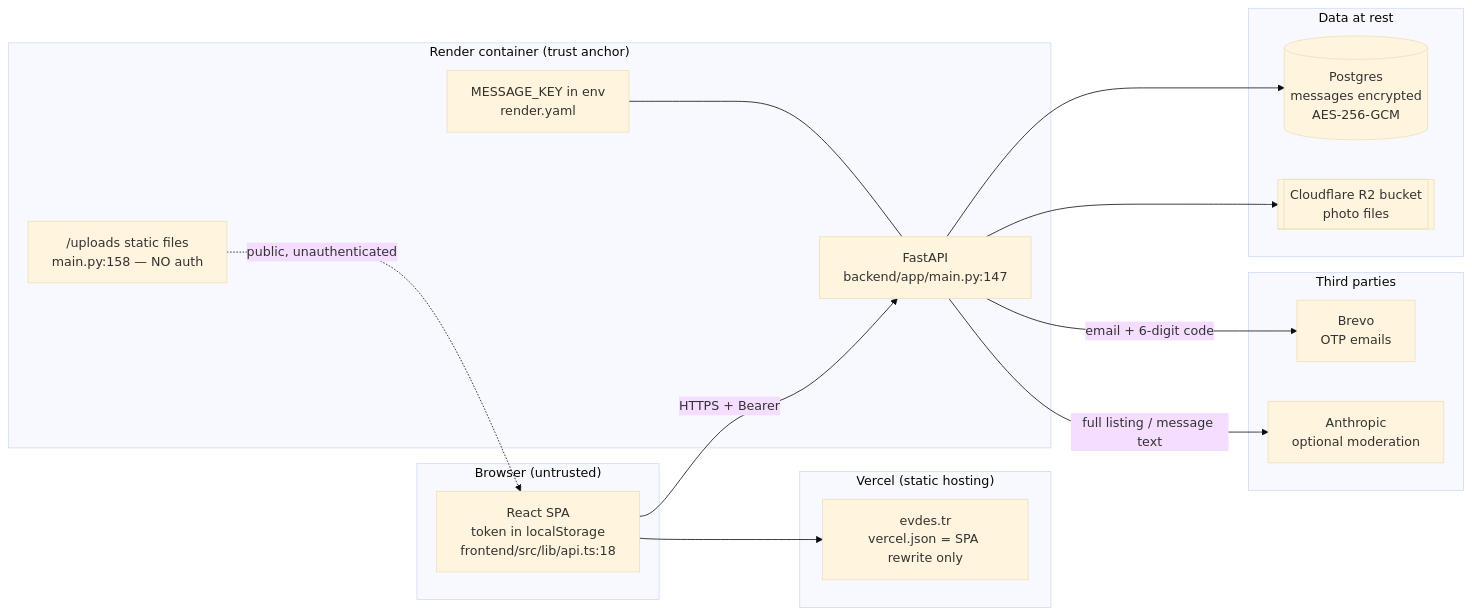
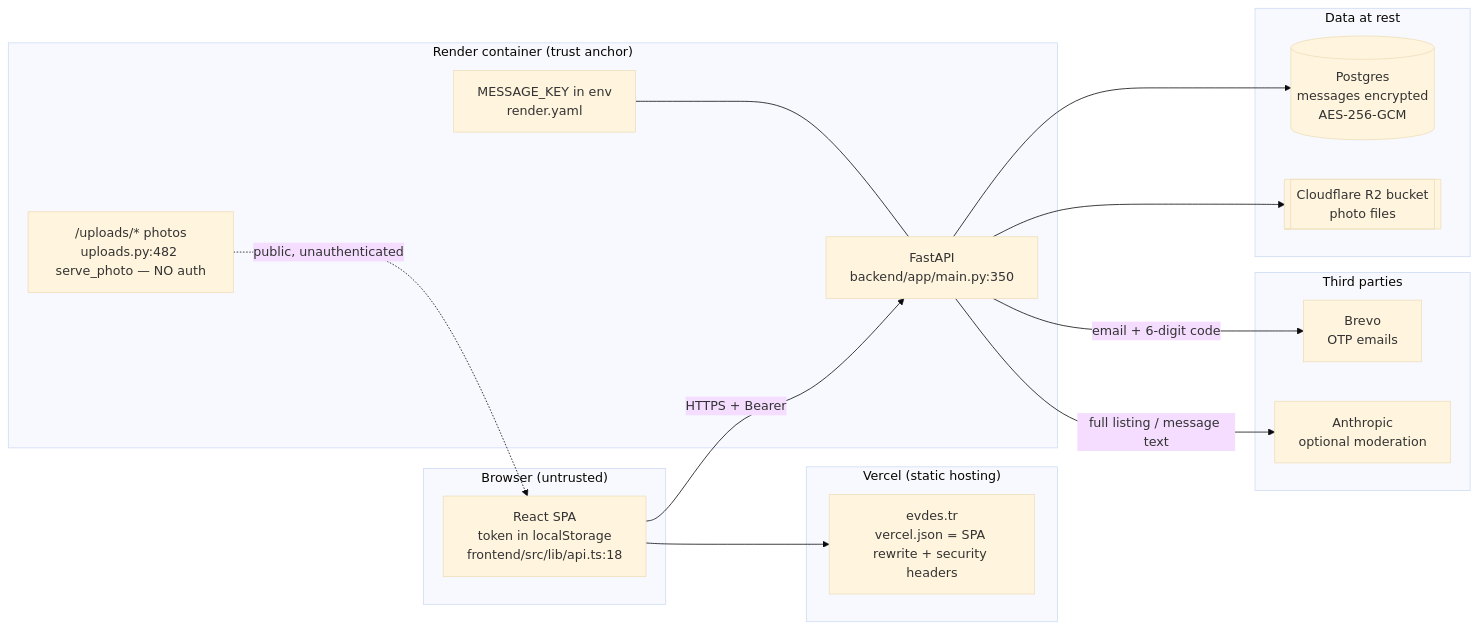
One commit to bariskiratt/istanbul-roommate-platform changed the diagram in docs/SECURITY.md. Above: the diagram before and after it, drawn with Mermaid (base theme). The commit also changed other lines of this file and 2 other files, not shown here.

````diff
--- a/docs/SECURITY.md
+++ b/docs/SECURITY.md
@@ -113,35 +132,35 @@
 ```mermaid
 flowchart LR
     subgraph client["Browser (untrusted)"]
         UI["React SPA<br/>token in localStorage<br/>frontend/src/lib/api.ts:18"]
     end
 
     subgraph vercel["Vercel (static hosting)"]
-        SPA["evdes.tr<br/>vercel.json = SPA rewrite only"]
+        SPA["evdes.tr<br/>vercel.json = SPA rewrite + security headers"]
     end
 
     subgraph render["Render container (trust anchor)"]
-        API["FastAPI<br/>backend/app/main.py:147"]
-        STATIC["/uploads static files<br/>main.py:158 — NO auth"]
+        API["FastAPI<br/>backend/app/main.py:350"]
+        STATIC["/uploads/* photos<br/>uploads.py:482 serve_photo — NO auth"]
         KEY["MESSAGE_KEY in env<br/>render.yaml"]
     end
 
     subgraph data["Data at rest"]
         PG[("Postgres<br/>messages encrypted<br/>AES-256-GCM")]
         DISK[["Cloudflare R2 bucket<br/>photo files"]]
     end
 
     subgraph third["Third parties"]
         BREVO["Brevo<br/>OTP emails"]
         ANTH["Anthropic<br/>optional moderation"]
     end
 
     UI -->|HTTPS + Bearer| API
     UI --> SPA
     API --> PG
     API --> DISK
     STATIC -.->|public, unauthenticated| UI
     API -->|email + 6-digit code| BREVO
     API -->|full listing / message text| ANTH
     KEY --- API
 ```
````
